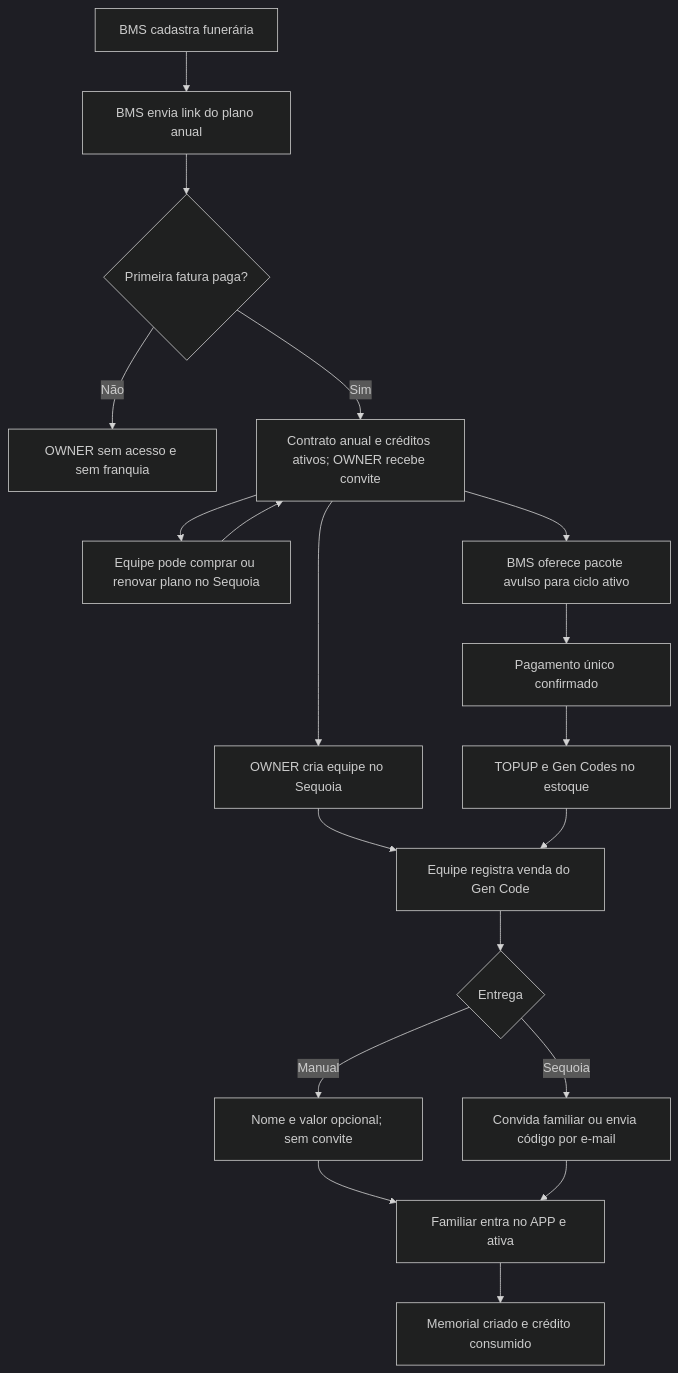
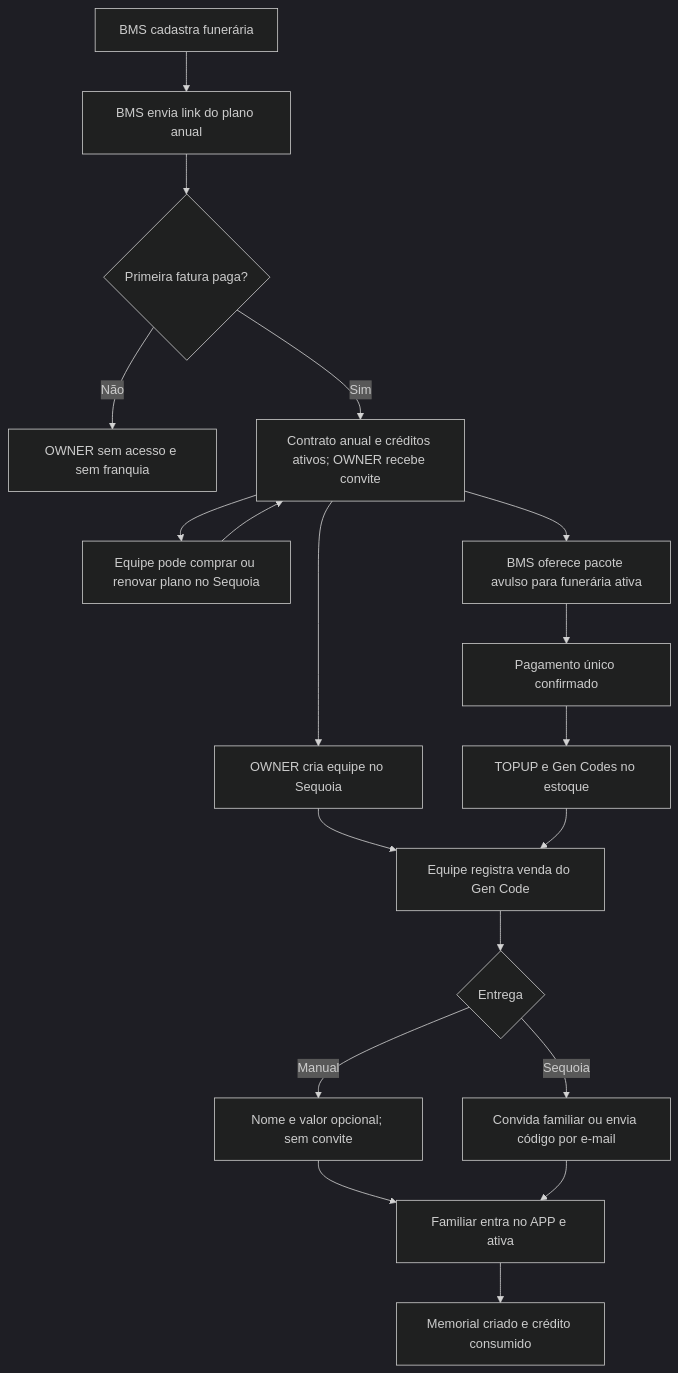
Before and after one commit to genealogiqdev/genealogiq: the diagram in docs/FLUXO-COMERCIAL-ATUAL.md, drawn with Mermaid (dark theme). The commit also changed other lines of this file and 91 other files, not shown here.

````diff
--- a/docs/FLUXO-COMERCIAL-ATUAL.md
+++ b/docs/FLUXO-COMERCIAL-ATUAL.md
@@ -29,21 +29,21 @@
 ```mermaid
 flowchart TD
   A[BMS cadastra funerária] --> B[BMS envia link do plano anual]
   B --> C{Primeira fatura paga?}
   C -->|Não| X[OWNER sem acesso e sem franquia]
   C -->|Sim| D[Contrato anual e créditos ativos; OWNER recebe convite]
   D --> E[OWNER cria equipe no Sequoia]
   D --> F[Equipe pode comprar ou renovar plano no Sequoia]
   F --> D
-  D --> G[BMS oferece pacote avulso para ciclo ativo]
+  D --> G[BMS oferece pacote avulso para funerária ativa]
   G --> H[Pagamento único confirmado]
   H --> I[TOPUP e Gen Codes no estoque]
   E --> J[Equipe registra venda do Gen Code]
   I --> J
   J --> K{Entrega}
   K -->|Manual| L[Nome e valor opcional; sem convite]
   K -->|Sequoia| M[Convida familiar ou envia código por e-mail]
   L --> N[Familiar entra no APP e ativa]
   M --> N
   N --> O[Memorial criado e crédito consumido]
 ```
````
